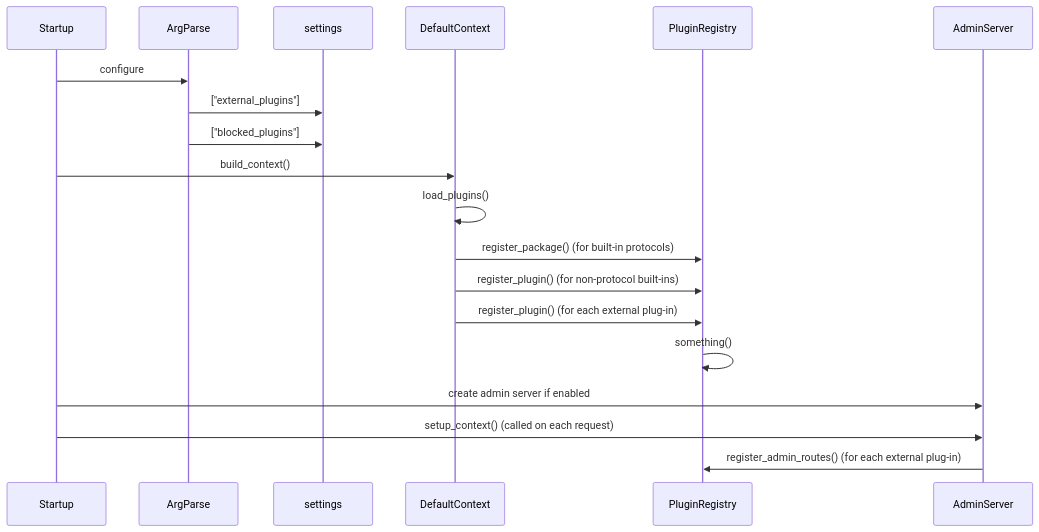
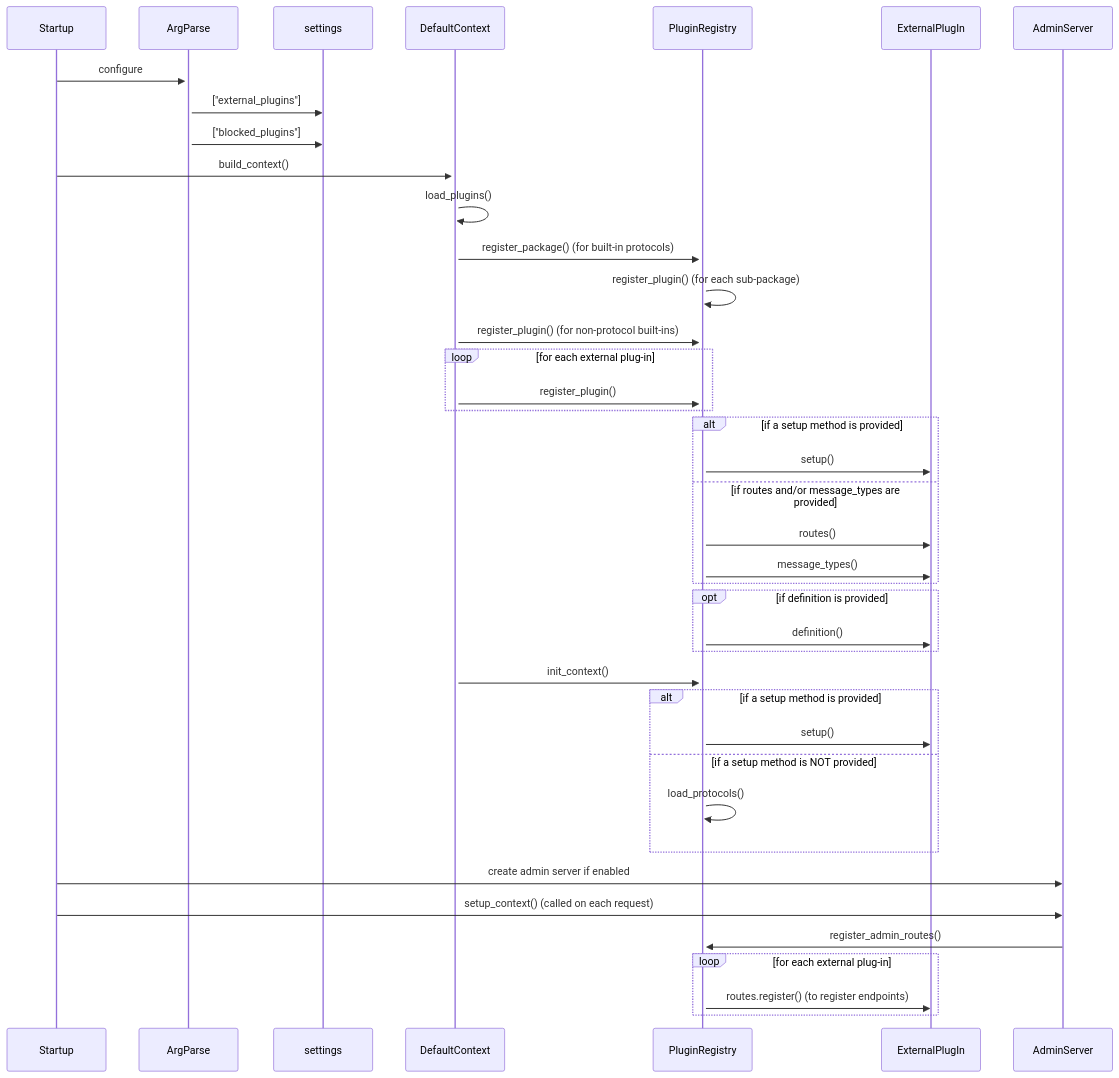
The diagram in README.md (ianco/django-rest-hooks), drawn with Mermaid before and after one commit.

Commit message:
Test diagrams

````diff
--- a/README.md
+++ b/README.md
@@ -458,15 +458,35 @@
 ```mermaid
 sequenceDiagram
-    Startup->>ArgParse: configure
+    Startup->>+ArgParse: configure
     ArgParse->>settings:  ["external_plugins"]
     ArgParse->>settings:  ["blocked_plugins"]
-    Startup->>DefaultContext:  build_context()
+    Startup->>+DefaultContext:  build_context()
     DefaultContext->>DefaultContext:  load_plugins()
-    DefaultContext->>PluginRegistry:  register_package() (for built-in protocols)
+    DefaultContext->>+PluginRegistry:  register_package() (for built-in protocols)
+    PluginRegistry->>PluginRegistry:  register_plugin() (for each sub-package)
     DefaultContext->>PluginRegistry:  register_plugin() (for non-protocol built-ins)
-    DefaultContext->>PluginRegistry:  register_plugin() (for each external plug-in)
-    PluginRegistry->>PluginRegistry:  something()
+  loop for each external plug-in
+    DefaultContext->>PluginRegistry:  register_plugin()
+  end
+  alt if a setup method is provided
+    PluginRegistry->>ExternalPlugIn:  setup()
+  else if routes and/or message_types are provided
+    PluginRegistry->>ExternalPlugIn:  routes()
+    PluginRegistry->>ExternalPlugIn:  message_types()
+  end
+  opt if definition is provided
+    PluginRegistry->>ExternalPlugIn:  definition()
+  end
+    DefaultContext->>PluginRegistry:  init_context()
+  alt if a setup method is provided
+    PluginRegistry->>ExternalPlugIn:  setup()
+  else if a setup method is NOT provided
+    PluginRegistry->>PluginRegistry:  load_protocols()
+  end
     Startup->>AdminServer:  create admin server if enabled
     Startup->>AdminServer:  setup_context() (called on each request)
-    AdminServer->>PluginRegistry:  register_admin_routes() (for each external plug-in)
+    AdminServer->>PluginRegistry:  register_admin_routes()
+  loop for each external plug-in
+    PluginRegistry->>ExternalPlugIn:  routes.register() (to register endpoints)
+  end
 ```
````
